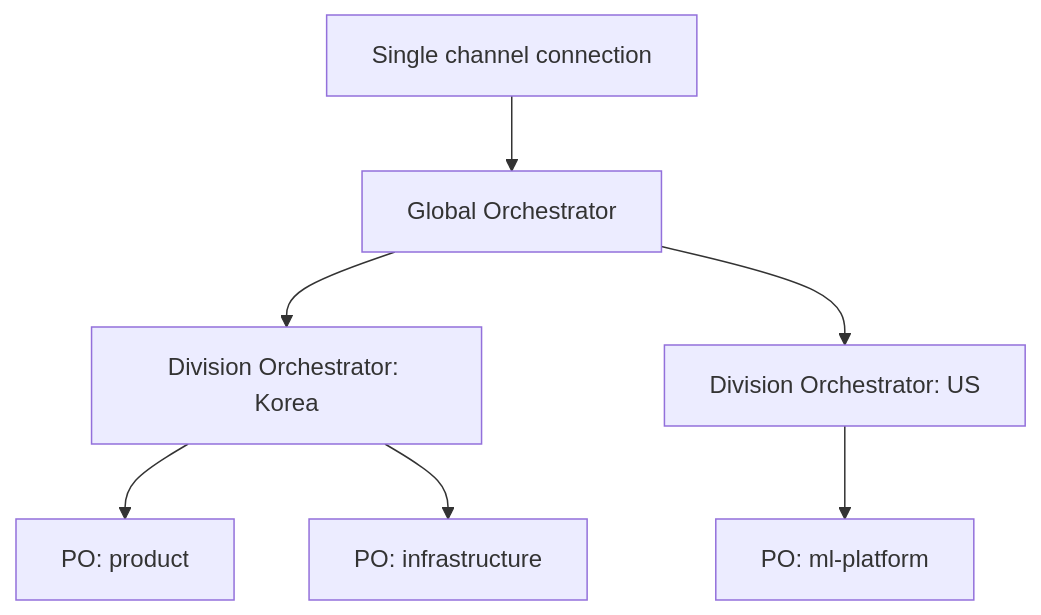
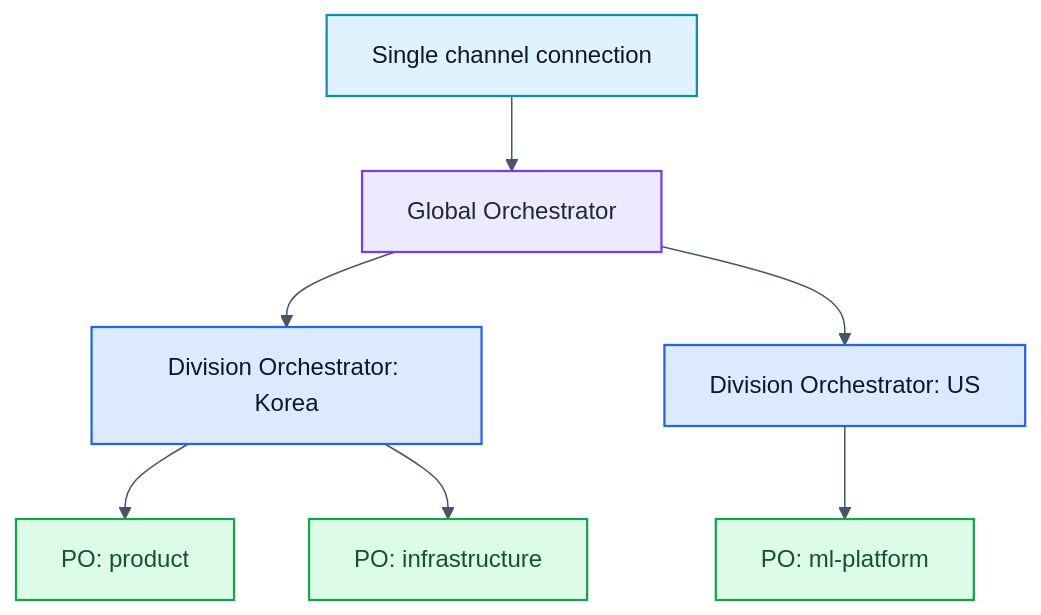
Diagram 12 of 12 in README.md (matteblack9/coding-agent-fabric), drawn with Mermaid before and after one commit. The commit also changed other lines of this file, not shown here.

Commit message:
docs: colorize README mermaid diagrams

````diff
--- a/README.md
+++ b/README.md
@@ -875,17 +1014,27 @@
 ```mermaid
+%%{init: {"theme":"base","themeVariables":{"primaryColor":"#E6F1FB","primaryTextColor":"#0F172A","primaryBorderColor":"#185FA5","secondaryColor":"#EDE9FE","secondaryTextColor":"#1F2937","secondaryBorderColor":"#7C3AED","tertiaryColor":"#ECFDF5","tertiaryTextColor":"#14532D","tertiaryBorderColor":"#16A34A","lineColor":"#475569","clusterBkg":"#F8FAFC","clusterBorder":"#94A3B8","noteBkgColor":"#FEF3C7","noteTextColor":"#78350F","noteBorderColor":"#D97706","activationBkgColor":"#DBEAFE","activationBorderColor":"#2563EB","sequenceNumberColor":"#0F172A"}}}%%
 flowchart TB
     USER["Single channel connection"]
     TOP["Global Orchestrator"]
     KOR["Division Orchestrator: Korea"]
     USA["Division Orchestrator: US"]
     PROD["PO: product"]
     INFRA["PO: infrastructure"]
     ML["PO: ml-platform"]
 
     USER --> TOP
     TOP --> KOR
     TOP --> USA
     KOR --> PROD
     KOR --> INFRA
     USA --> ML
+
+    classDef user fill:#E0F2FE,stroke:#0891B2,color:#0F172A,stroke-width:1.5px
+    classDef global fill:#EDE9FE,stroke:#7C3AED,color:#1F2937,stroke-width:1.5px
+    classDef division fill:#DBEAFE,stroke:#2563EB,color:#0F172A,stroke-width:1.5px
+    classDef po fill:#DCFCE7,stroke:#16A34A,color:#14532D,stroke-width:1.5px
+    class USER user
+    class TOP global
+    class KOR,USA division
+    class PROD,INFRA,ML po
 ```
````
